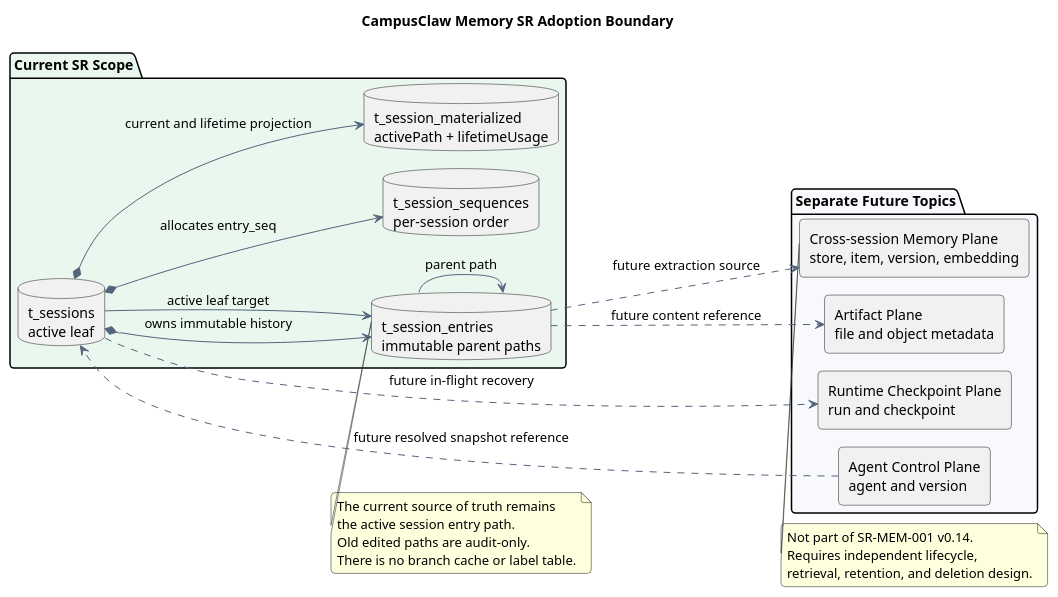
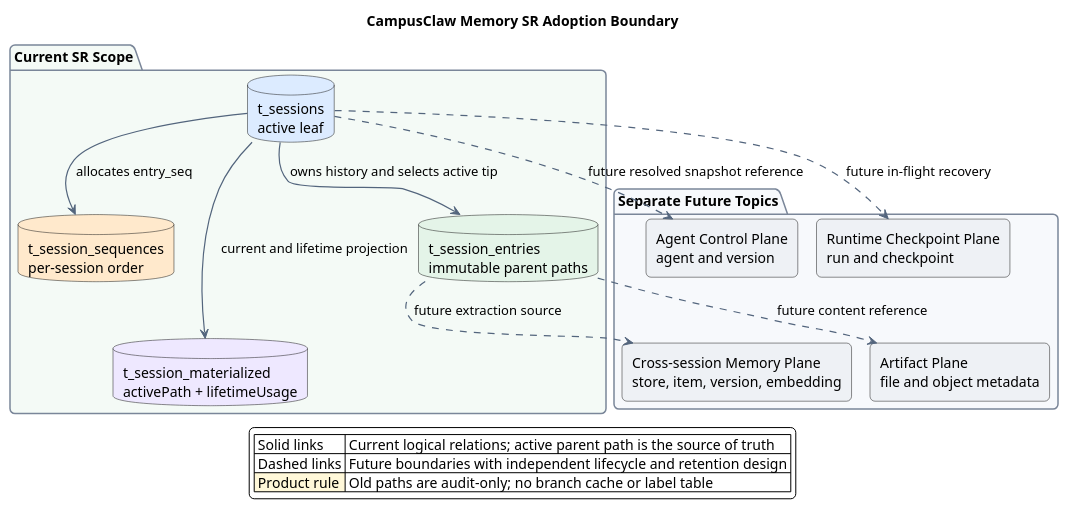
The second of 2 diagrams in agent-database-patterns/diagram.puml (ssm0808/pi-mono-java-design), drawn with PlantUML before and after one commit. The commit also changed 8 other files, not shown here.

Commit message:
docs(memory): improve session diagram readability

```diff
--- a/agent-database-patterns/diagram.puml
+++ b/agent-database-patterns/diagram.puml
@@ -75,63 +75,68 @@
 @startuml pi-memory-adoption-boundary
-' Current SR adoption boundary updated for SR-MEM-001 v0.14 on 2026-08-11.
+' Current SR adoption boundary updated for SR-MEM-001 v0.14.1 on 2026-08-11.
 !pragma layout smetana
 title CampusClaw Memory SR Adoption Boundary
-left to right direction
+top to bottom direction
 
 skinparam backgroundColor #FFFFFF
 skinparam shadowing false
-skinparam roundcorner 8
+skinparam roundcorner 10
 skinparam componentStyle rectangle
 skinparam ArrowColor #53657D
+skinparam ArrowThickness 1.2
+skinparam PackageBorderColor #7A8699
+skinparam NoteBorderColor #B58B00
+skinparam NoteBackgroundColor #FFF8D9
 
 ' Source evidence: badlogic/pi-mono@f0deb8dd8e9611e89b5bc4145ca92c03ae6ed4ee,
 ' packages/agent/src/harness/types.ts: SessionTreeEntry and SessionStorage;
 ' packages/agent/src/harness/session/session.ts: defaultContextEntryTransform and moveTo;
 ' packages/storage/sqlite-node/src/sqlite/storage/index.ts: readHead and appendEntry.
 ' Observed behavior: pi persists seven Session tables, including parent links,
 ' an active leaf, branch caches, and entry materialized labels.
-' Target-only product constraint: SR-MEM-001 v0.14 keeps four tables, exposes one
+' Target-only product constraint: SR-MEM-001 v0.14.1 keeps four tables, exposes one
 ' active path, and only allows editing the latest user message on that path.
 ' Architecture change: parent links are read directly without branch cache tables.
 ' Concurrency hardening: expected leaf and parent fences protect centralized writes.
-' Design reason: retain immutable old-path audit data without general branch APIs.
+' Design reason: align table colors with SR-MEM-001 and route future links one way.
 
-package "Current SR Scope" #E9F7EF {
-  database "t_sessions\nactive leaf" as Session
-  database "t_session_entries\nimmutable parent paths" as Entry
-  database "t_session_sequences\nper-session order" as Sequence
-  database "t_session_materialized\nactivePath + lifetimeUsage" as Summary
+package "Current SR Scope" as CurrentScope #F4FAF6 {
+  database "t_sessions\nactive leaf" as Session #DCEBFF
+  database "t_session_sequences\nper-session order" as Sequence #FFE9CC
+  database "t_session_entries\nimmutable parent paths" as Entry #E4F4E8
+  database "t_session_materialized\nactivePath + lifetimeUsage" as Summary #EEE8FF
+
+  Session -[hidden]right- Sequence
+  Entry -[hidden]right- Summary
+  Session -[hidden]down- Entry
+  Sequence -[hidden]down- Summary
 }
 
-package "Separate Future Topics" #F7F9FC {
-  rectangle "Agent Control Plane\nagent and version" as AgentControl
-  rectangle "Runtime Checkpoint Plane\nrun and checkpoint" as RuntimeCheckpoint
-  rectangle "Cross-session Memory Plane\nstore, item, version, embedding" as LongMemory
-  rectangle "Artifact Plane\nfile and object metadata" as Artifact
+package "Separate Future Topics" as FutureScope #F7F9FC {
+  rectangle "Agent Control Plane\nagent and version" as AgentControl #EEF1F5
+  rectangle "Runtime Checkpoint Plane\nrun and checkpoint" as RuntimeCheckpoint #EEF1F5
+  rectangle "Cross-session Memory Plane\nstore, item, version, embedding" as LongMemory #EEF1F5
+  rectangle "Artifact Plane\nfile and object metadata" as Artifact #EEF1F5
+
+  AgentControl -[hidden]right- RuntimeCheckpoint
+  LongMemory -[hidden]right- Artifact
+  AgentControl -[hidden]down- LongMemory
+  RuntimeCheckpoint -[hidden]down- Artifact
 }
 
-Session *--> Entry : owns immutable history
-Session --> Entry : active leaf target
-Entry --> Entry : parent path
-Session *--> Sequence : allocates entry_seq
-Session *--> Summary : current and lifetime projection
+Session --> Entry : owns history and selects active tip
+Session --> Sequence : allocates entry_seq
+Session --> Summary : current and lifetime projection
 
-AgentControl ..> Session : future resolved snapshot reference
+Session ..> AgentControl : future resolved snapshot reference
 Session ..> RuntimeCheckpoint : future in-flight recovery
 Entry ..> LongMemory : future extraction source
 Entry ..> Artifact : future content reference
 
-note bottom of Entry
-The current source of truth remains
-the active session entry path.
-Old edited paths are audit-only.
-There is no branch cache or label table.
-end note
-
-note bottom of LongMemory
-Not part of SR-MEM-001 v0.14.
-Requires independent lifecycle,
-retrieval, retention, and deletion design.
-end note
+legend bottom
+|<#FFFFFF> Solid links | Current logical relations; active parent path is the source of truth |
+|<#FFFFFF> Dashed links | Future boundaries with independent lifecycle and retention design |
+|<#FFF8D9> Product rule | Old paths are audit-only; no branch cache or label table |
+endlegend
 
 @enduml
```
